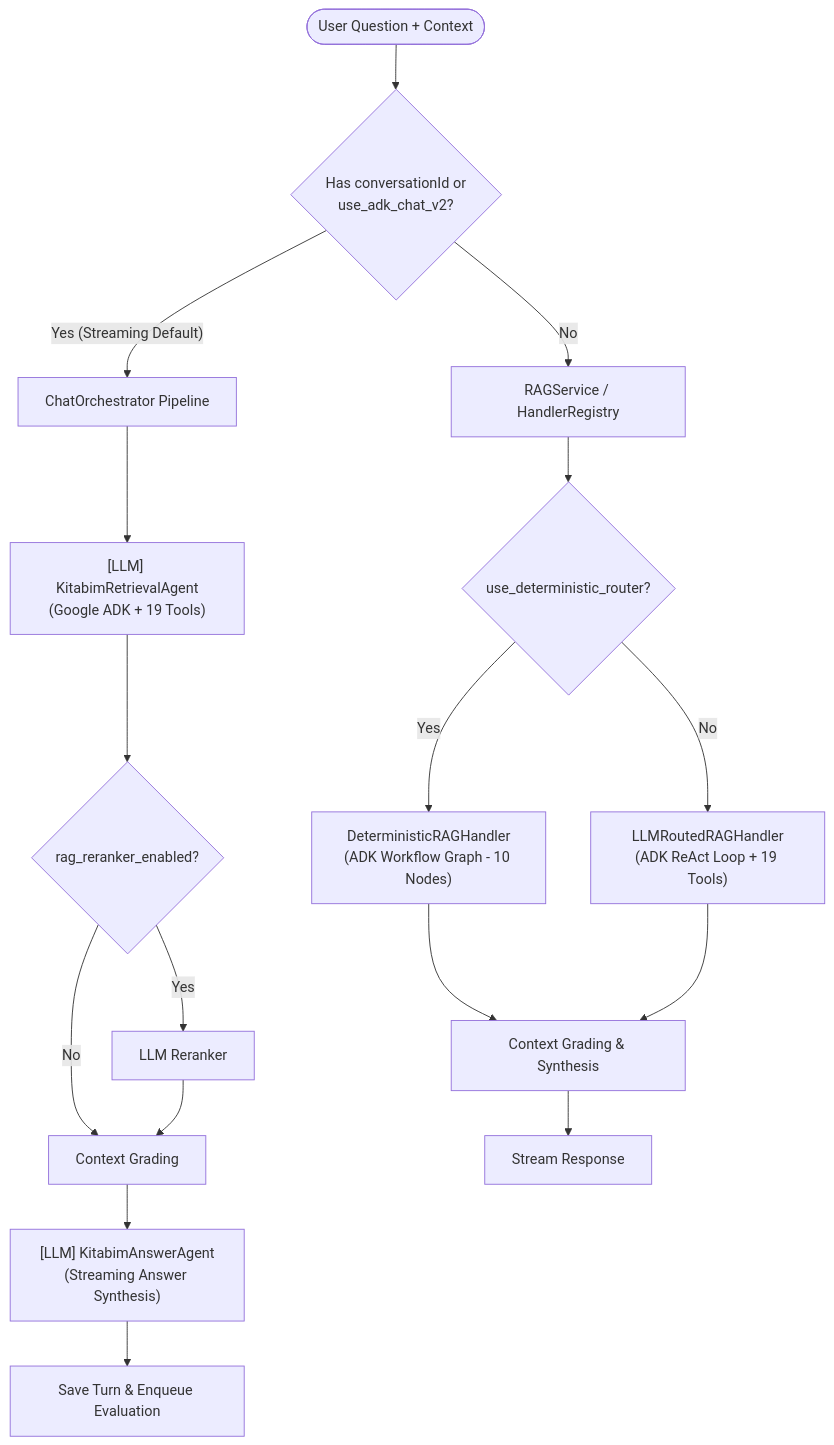
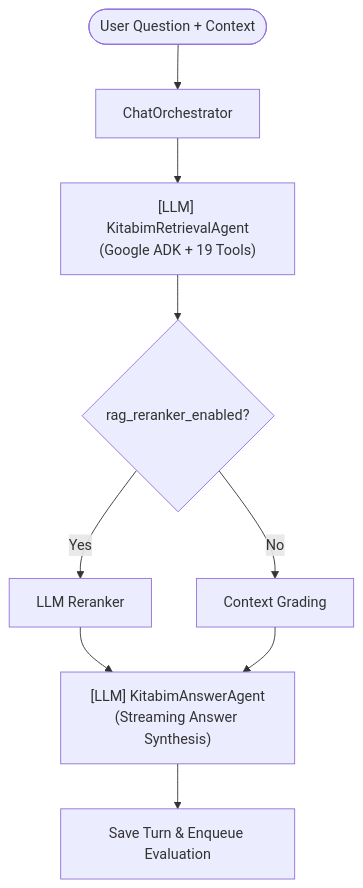
One commit to Kitabim-AI/kitabim-ai changed the third of 3 diagrams in README.md. Above: the diagram before and after it, drawn with Mermaid. The commit also changed other lines of this file and 7 other files, not shown here.

````diff
--- a/README.md
+++ b/README.md
@@ -160,21 +158,11 @@
 ```mermaid
 flowchart TD
-    Q(["User Question + Context"]) --> ROUTE{"Has conversationId or<br/>use_adk_chat_v2?"}
-
-    ROUTE -- Yes (Streaming Default) --> ORCH["ChatOrchestrator Pipeline"]
+    Q(["User Question + Context"]) --> ORCH["ChatOrchestrator"]
     ORCH --> RET_AGENT["[LLM] KitabimRetrievalAgent<br/>(Google ADK + 19 Tools)"]
     RET_AGENT --> RERANK{"rag_reranker_enabled?"}
     RERANK -- Yes --> RR["LLM Reranker"]
-    RERANK -- No --> GRADE1["Context Grading"]
-    RR --> GRADE1
-    GRADE1 --> ANS_AGENT["[LLM] KitabimAnswerAgent<br/>(Streaming Answer Synthesis)"]
+    RERANK -- No --> GRADE["Context Grading"]
+    RR --> ANS_AGENT
+    GRADE --> ANS_AGENT["[LLM] KitabimAnswerAgent<br/>(Streaming Answer Synthesis)"]
     ANS_AGENT --> SAVE["Save Turn & Enqueue Evaluation"]
-
-    ROUTE -- No --> REG["RAGService / HandlerRegistry"]
-    REG --> DET_CHECK{"use_deterministic_router?"}
-    DET_CHECK -- Yes --> DET["DeterministicRAGHandler<br/>(ADK Workflow Graph - 10 Nodes)"]
-    DET_CHECK -- No --> LLM_RAG["LLMRoutedRAGHandler<br/>(ADK ReAct Loop + 19 Tools)"]
-    DET --> GRADE2["Context Grading & Synthesis"]
-    LLM_RAG --> GRADE2
-    GRADE2 --> STREAM["Stream Response"]
 ```
````
